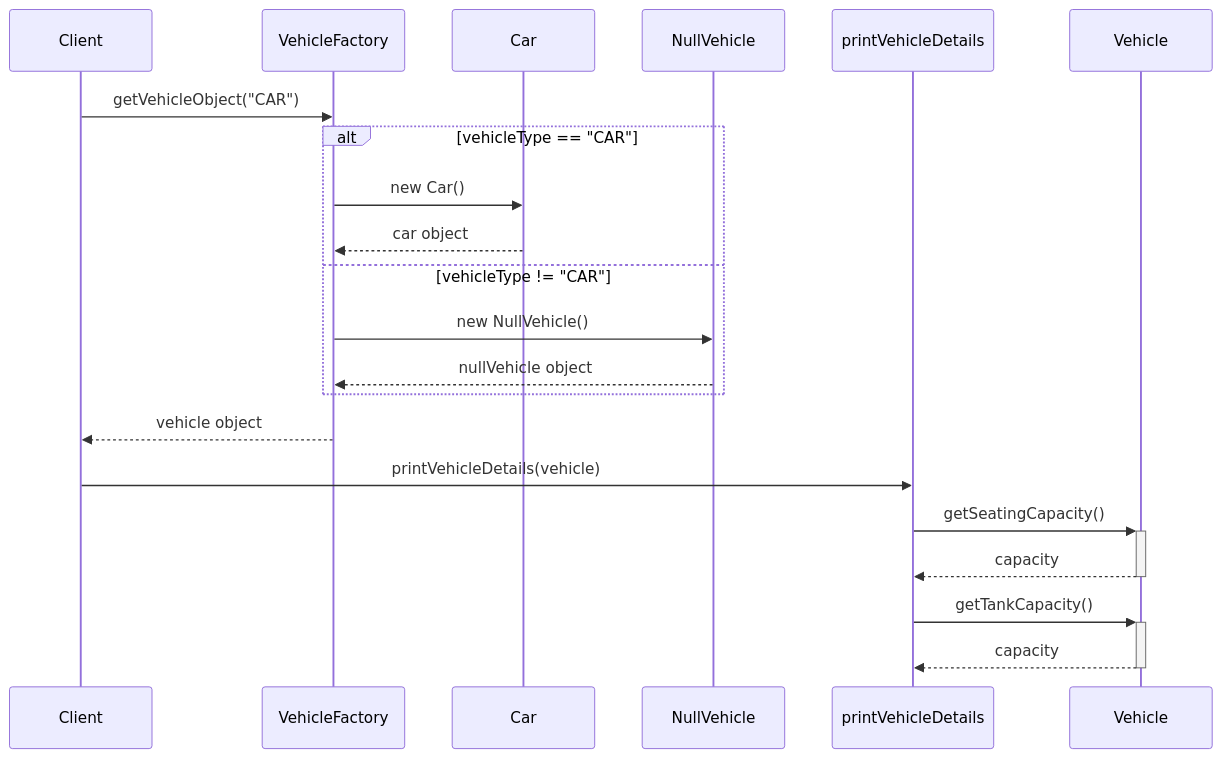
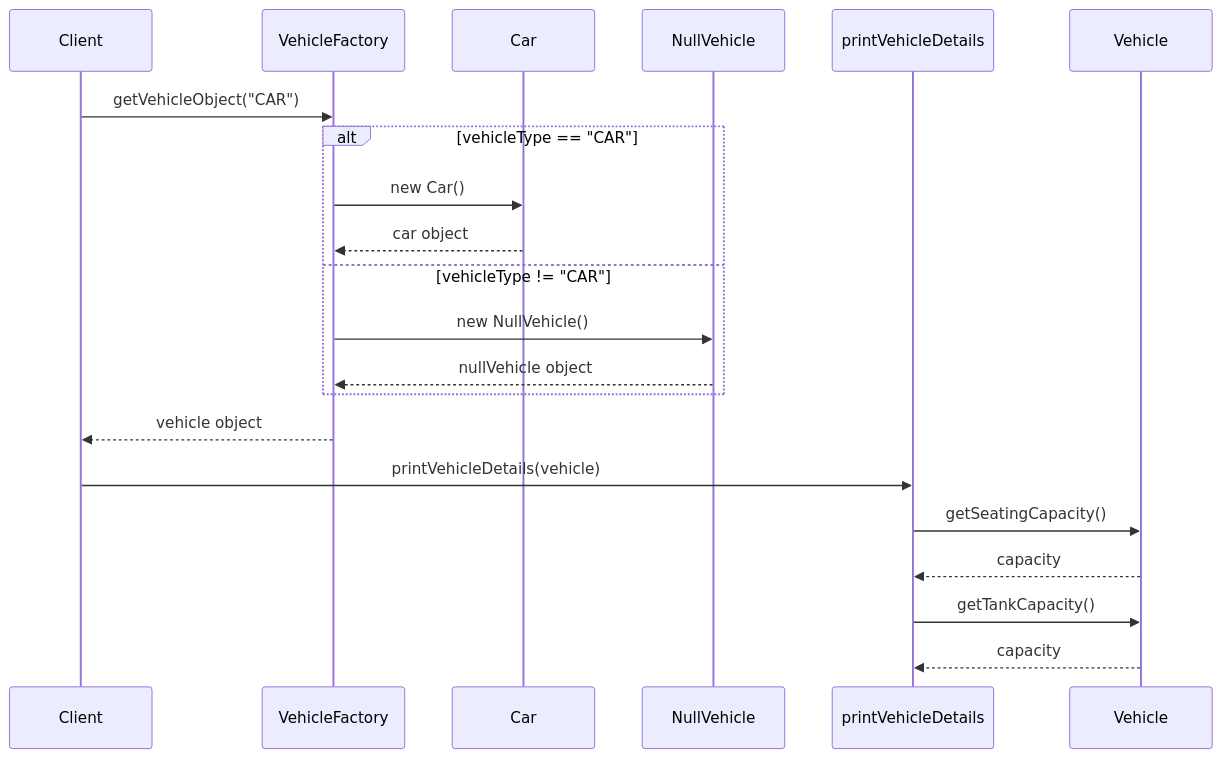
Before and after one commit to AjinkyaMuley/LLD: the third of 3 diagrams in Low Level Design/NullObjectPattern/NULL Object Pattern.md, drawn with Mermaid. The commit also changed other lines of this file, not shown here.

````diff
--- a/Low Level Design/NullObjectPattern/NULL Object Pattern.md
+++ b/Low Level Design/NullObjectPattern/NULL Object Pattern.md
@@ -117,23 +117,23 @@
 ```mermaid
 sequenceDiagram
     participant Client
     participant VehicleFactory
     participant Car
     participant NullVehicle
     participant printVehicleDetails
     
     Client->>VehicleFactory: getVehicleObject("CAR")
     alt vehicleType == "CAR"
         VehicleFactory->>Car: new Car()
         Car-->>VehicleFactory: car object
     else vehicleType != "CAR"
         VehicleFactory->>NullVehicle: new NullVehicle()
         NullVehicle-->>VehicleFactory: nullVehicle object
     end
     VehicleFactory-->>Client: vehicle object
     Client->>printVehicleDetails: printVehicleDetails(vehicle)
-    printVehicleDetails->>+Vehicle: getSeatingCapacity()
-    Vehicle-->>-printVehicleDetails: capacity
-    printVehicleDetails->>+Vehicle: getTankCapacity()
-    Vehicle-->>-printVehicleDetails: capacity
+    printVehicleDetails->>Vehicle: getSeatingCapacity()
+    Vehicle-->>printVehicleDetails: capacity
+    printVehicleDetails->>Vehicle: getTankCapacity()
+    Vehicle-->>printVehicleDetails: capacity
 ```
````
